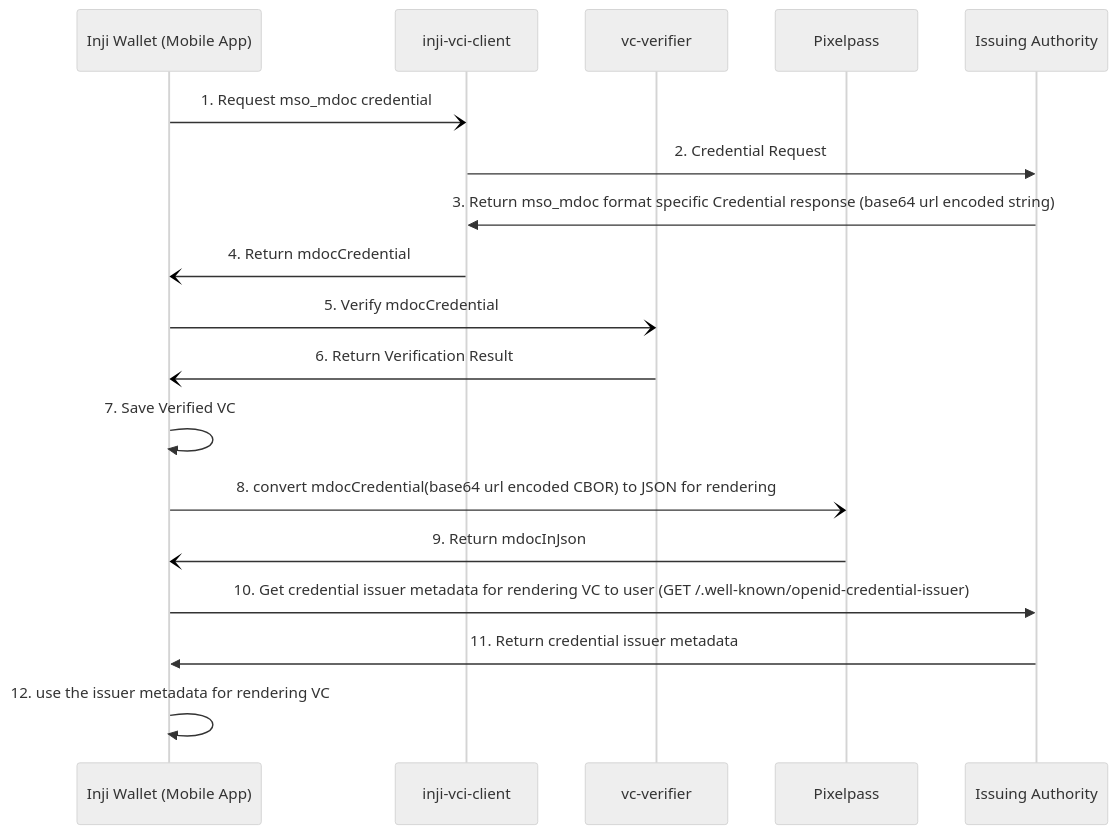
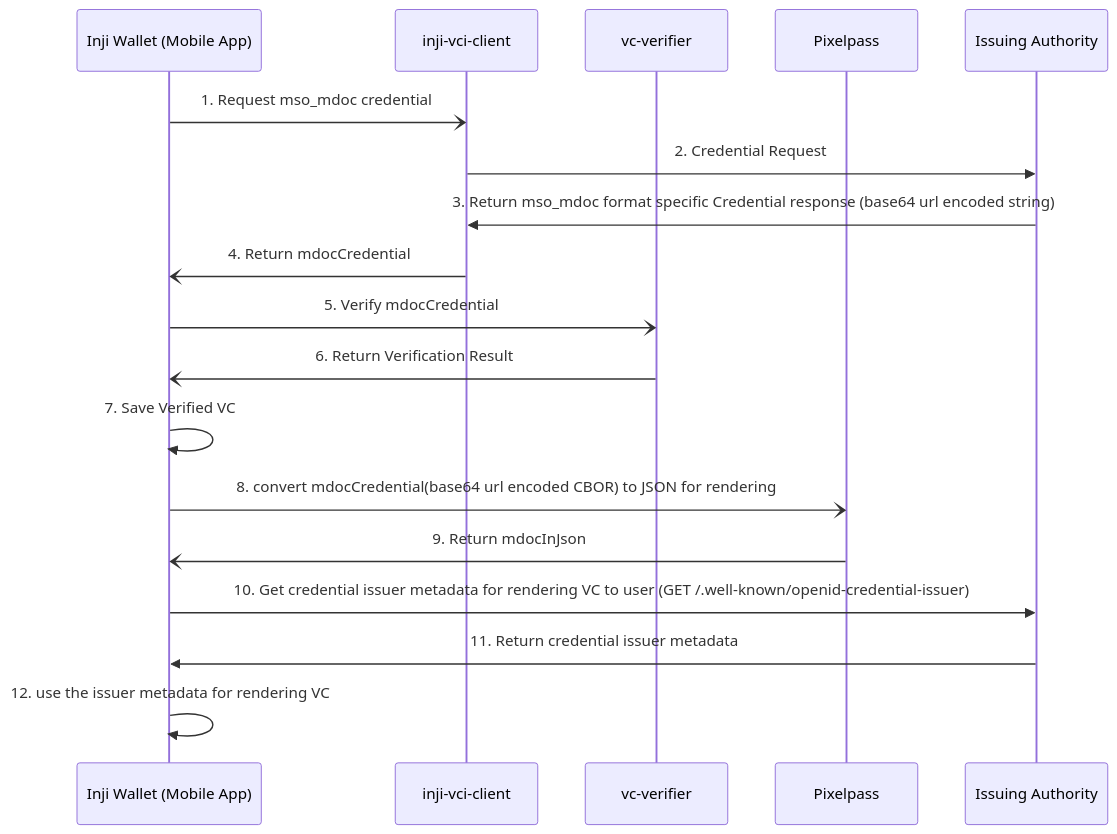
Before and after one commit to mosip/inji-wallet: the diagram in docs/mdoc-support.md, drawn with Mermaid.

Commit message:
[INJIMOB-2903] use default theme in mdoc content mermaid diagram

````diff
--- a/docs/mdoc-support.md
+++ b/docs/mdoc-support.md
@@ -13,25 +13,21 @@
 ```mermaid
----
-config:
-  theme: neutral
----
 sequenceDiagram
   participant Inji_Wallet as Inji Wallet (Mobile App)
   participant InjiVCIClient as inji-vci-client
   participant VCVerifier as vc-verifier
   participant Pixelpass as Pixelpass
   participant Issuing_Authority as Issuing Authority
   Inji_Wallet -) InjiVCIClient: 1. Request mso_mdoc credential
   InjiVCIClient ->> Issuing_Authority: 2. Credential Request
   Issuing_Authority ->> InjiVCIClient: 3. Return mso_mdoc format specific Credential response (base64 url encoded string)
   InjiVCIClient -) Inji_Wallet: 4. Return mdocCredential
   Inji_Wallet -) VCVerifier: 5. Verify mdocCredential
   VCVerifier -) Inji_Wallet: 6. Return Verification Result
   Inji_Wallet ->> Inji_Wallet: 7. Save Verified VC
   Inji_Wallet -) Pixelpass: 8. convert mdocCredential(base64 url encoded CBOR) to JSON for rendering
   Pixelpass -) Inji_Wallet: 9. Return mdocInJson
   Inji_Wallet ->> Issuing_Authority: 10. Get credential issuer metadata for rendering VC to user (GET /.well-known/openid-credential-issuer)
   Issuing_Authority ->> Inji_Wallet: 11. Return credential issuer metadata
   Inji_Wallet ->> Inji_Wallet: 12. use the issuer metadata for rendering VC
 
 ```
````
